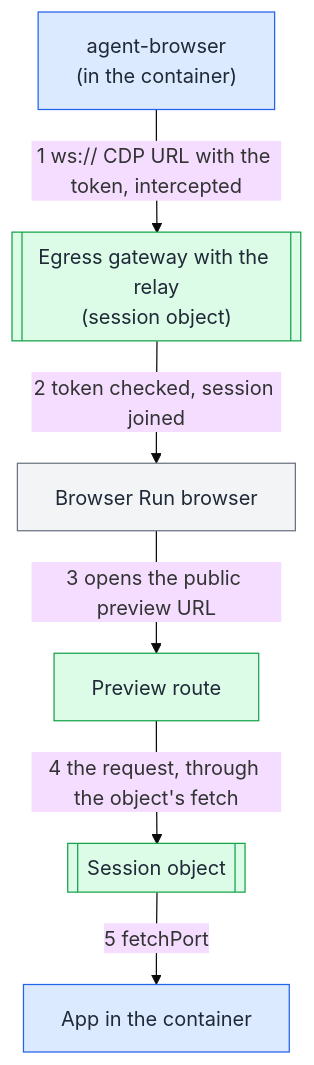
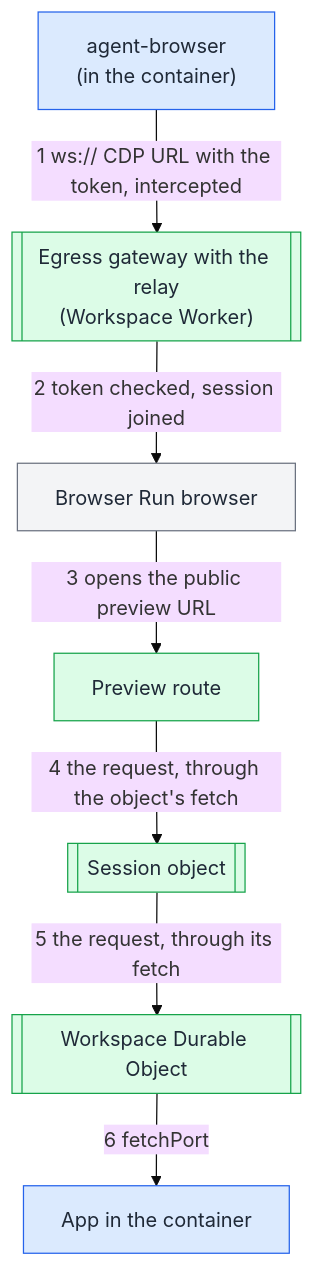
Before and after one commit to asermax/tentacles: the diagram in docs/technical-design/providers/cloudflare/preview-and-browser.md, drawn with Mermaid (base theme). The commit also changed other lines of this file and 9 other files, not shown here.

Commit message:
docs: pair a workspace object in its own Worker with each session and set up the workspace at spawn

````diff
--- a/docs/technical-design/providers/cloudflare/preview-and-browser.md
+++ b/docs/technical-design/providers/cloudflare/preview-and-browser.md
@@ -15,22 +15,24 @@
 ```mermaid
 flowchart TB
   ab@{ shape: rect, label: "agent-browser
   (in the container)" }
   gw@{ shape: subproc, label: "Egress gateway with the relay
-  (session object)" }
+  (Workspace Worker)" }
   brs@{ shape: rect, label: "Browser Run browser" }
   route@{ shape: rect, label: "Preview route" }
   so@{ shape: subproc, label: "Session object" }
+  wo@{ shape: subproc, label: "Workspace Durable Object" }
   app@{ shape: rect, label: "App in the container" }
   ab -->|"1 ws:// CDP URL with the token, intercepted"| gw
   gw -->|"2 token checked, session joined"| brs
   brs -->|"3 opens the public preview URL"| route
   route -->|"4 the request, through the object's fetch"| so
-  so -->|"5 fetchPort"| app
+  so -->|"5 the request, through its fetch"| wo
+  wo -->|"6 fetchPort"| app
   classDef worker fill:#dbeafe,stroke:#2563eb,color:#1f2937
   classDef flow fill:#dcfce7,stroke:#16a34a,color:#1f2937
   classDef ext fill:#f3f4f6,stroke:#6b7280,color:#1f2937
   class ab,app worker
-  class gw,route,so flow
+  class gw,route,so,wo flow
   class brs ext
 ```
````
